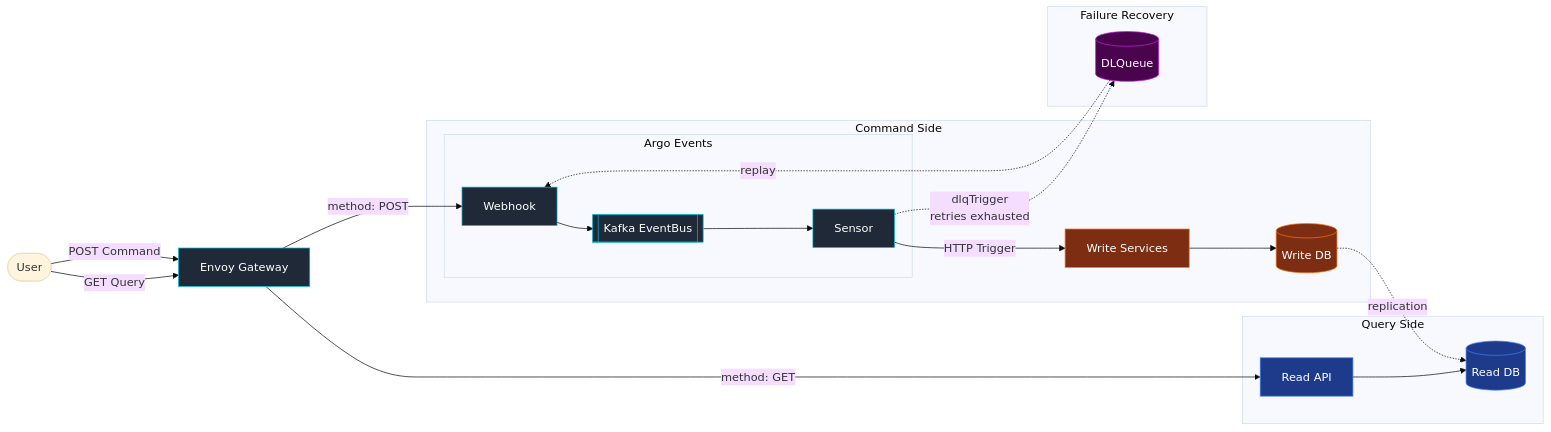
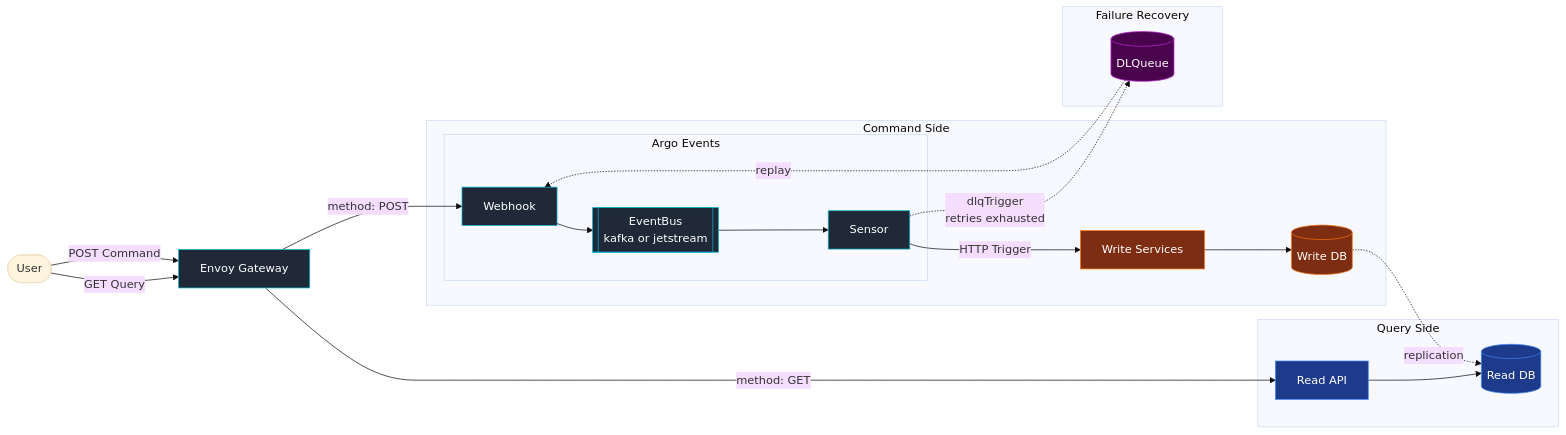
One commit to kaio6fellipe/event-driven-bookinfo changed the first of 4 diagrams in README.md. Above: the diagram before and after it, drawn with Mermaid (base theme). The commit also changed other lines of this file and 113 other files, not shown here.

First line of the commit message:
feat: NATS JetStream as alternative EventBus (#70)

````diff
--- a/README.md
+++ b/README.md
@@ -12,51 +12,51 @@
 ```mermaid
 flowchart LR
     User([User])
     Gateway[Envoy Gateway]
 
     subgraph "Query Side"
         ReadAPI[Read API]
         ReadDB[(Read DB)]
     end
 
     subgraph "Command Side"
         subgraph "Argo Events"
             Webhook[Webhook]
-            Kafka[[Kafka EventBus]]
+            Kafka[[EventBus<br/>kafka or jetstream]]
             Sensor[Sensor]
         end
         WriteSvc[Write Services]
         WriteDB[(Write DB)]
     end
 
     subgraph "Failure Recovery"
         DLQ[(DLQueue)]
     end
 
     User -->|GET Query| Gateway
     User -->|POST Command| Gateway
 
     Gateway -->|method: GET| ReadAPI
     ReadAPI --> ReadDB
 
     Gateway -->|method: POST| Webhook
     Webhook --> Kafka
     Kafka --> Sensor
     Sensor -->|HTTP Trigger| WriteSvc
     WriteSvc --> WriteDB
 
     WriteDB -.->|replication| ReadDB
 
     Sensor -.->|dlqTrigger<br/>retries exhausted| DLQ
     DLQ -.->|replay| Webhook
 
     classDef queryStyle fill:#1e3a8a,stroke:#3b82f6,color:#fff
     classDef writeStyle fill:#7c2d12,stroke:#f97316,color:#fff
     classDef infraStyle fill:#1f2937,stroke:#06b6d4,color:#fff
     classDef dlqStyle fill:#4a044e,stroke:#c026d3,color:#fff
 
     class ReadAPI,ReadDB queryStyle
     class WriteSvc,WriteDB writeStyle
     class Gateway,Webhook,Kafka,Sensor infraStyle
     class DLQ dlqStyle
 ```
````
